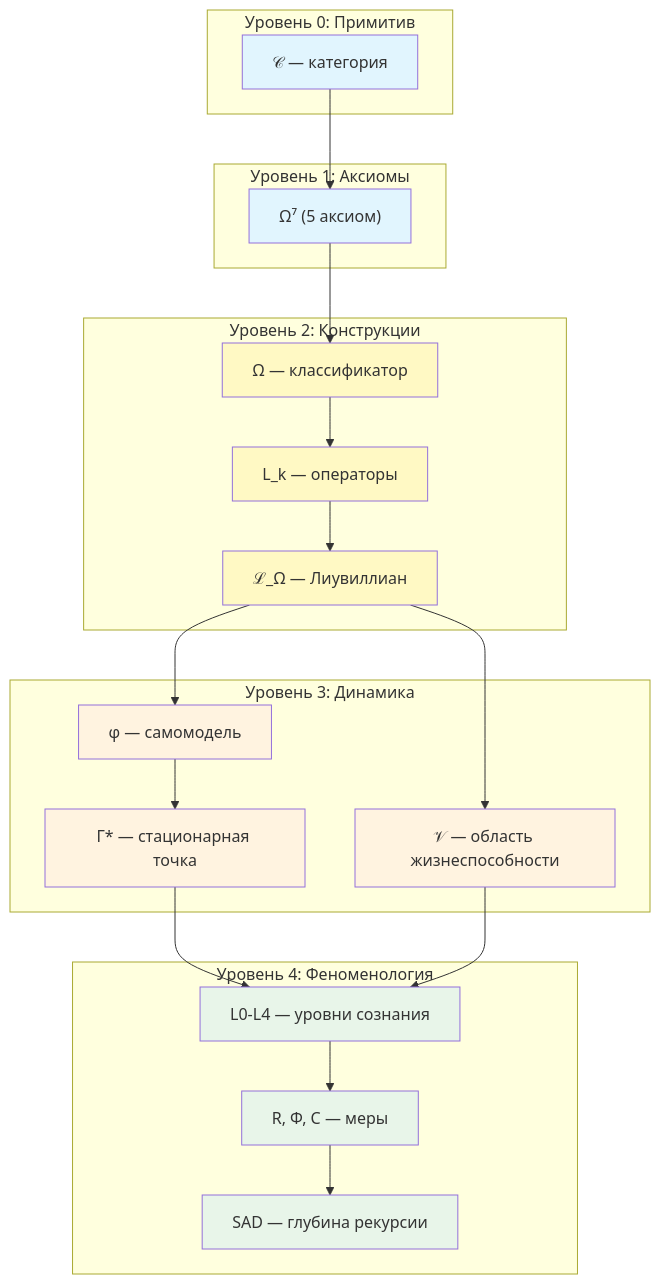
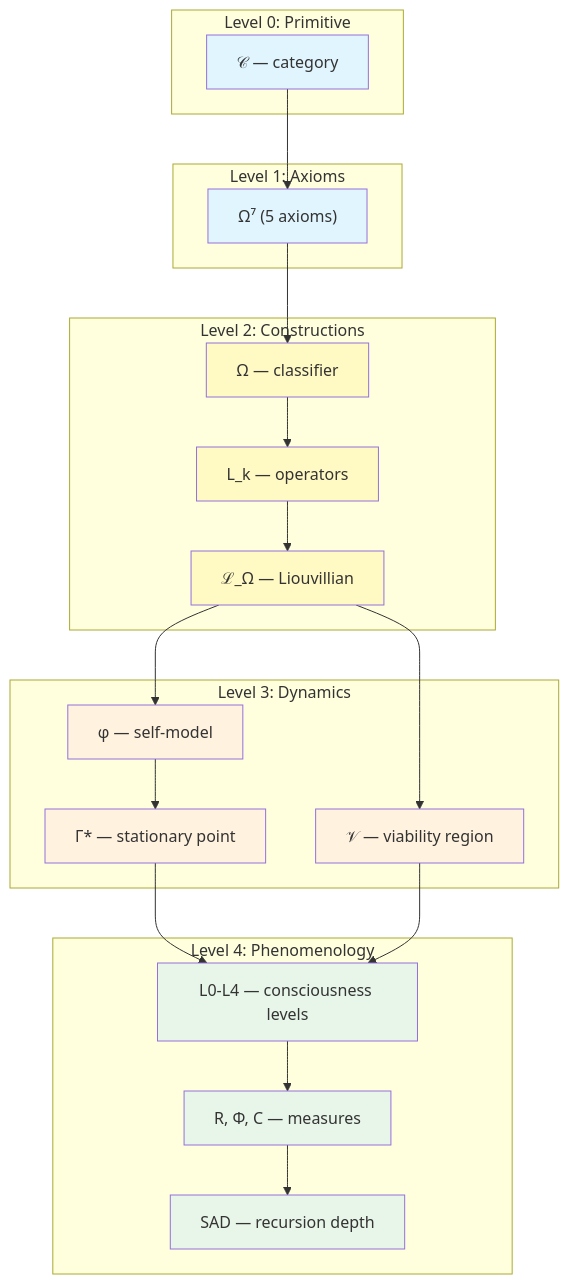
The third of 3 diagrams in website/docs/applied/coherence-cybernetics/axiomatics.md (uhm-theory/holon), drawn with Mermaid before and after one commit. The commit also changed other lines of this file and 28 other files, not shown here.

````diff
--- a/website/docs/applied/coherence-cybernetics/axiomatics.md
+++ b/website/docs/applied/coherence-cybernetics/axiomatics.md
@@ -530,48 +530,48 @@
 ```mermaid
 graph TD
-    subgraph "Уровень 0: Примитив"
-        C["𝒞 — категория"]
+    subgraph "Level 0: Primitive"
+        C["𝒞 — category"]
     end
-    subgraph "Уровень 1: Аксиомы"
-        AX["Ω⁷ (5 аксиом)"]
+    subgraph "Level 1: Axioms"
+        AX["Ω⁷ (5 axioms)"]
     end
-    subgraph "Уровень 2: Конструкции"
-        OM["Ω — классификатор"]
-        LK["L_k — операторы"]
-        EV["ℒ_Ω — Лиувиллиан"]
+    subgraph "Level 2: Constructions"
+        OM["Ω — classifier"]
+        LK["L_k — operators"]
+        EV["ℒ_Ω — Liouvillian"]
     end
-    subgraph "Уровень 3: Динамика"
-        PHI["φ — самомодель"]
-        FP["Γ* — стационарная точка"]
-        VIA["𝒱 — область жизнеспособности"]
+    subgraph "Level 3: Dynamics"
+        PHI["φ — self-model"]
+        FP["Γ* — stationary point"]
+        VIA["𝒱 — viability region"]
     end
-    subgraph "Уровень 4: Феноменология"
-        CON["L0-L4 — уровни сознания"]
-        REF["R, Φ, C — меры"]
-        SAD["SAD — глубина рекурсии"]
+    subgraph "Level 4: Phenomenology"
+        CON["L0-L4 — consciousness levels"]
+        REF["R, Φ, C — measures"]
+        SAD["SAD — recursion depth"]
     end
 
     C --> AX
     AX --> OM
     OM --> LK
     LK --> EV
     EV --> PHI
     PHI --> FP
     EV --> VIA
     FP --> CON
     VIA --> CON
     CON --> REF
     REF --> SAD
 
     style C fill:#e1f5fe
     style AX fill:#e1f5fe
     style OM fill:#fff9c4
     style LK fill:#fff9c4
     style EV fill:#fff9c4
     style PHI fill:#fff3e0
     style FP fill:#fff3e0
     style VIA fill:#fff3e0
     style CON fill:#e8f5e9
     style REF fill:#e8f5e9
     style SAD fill:#e8f5e9
 ```
````
